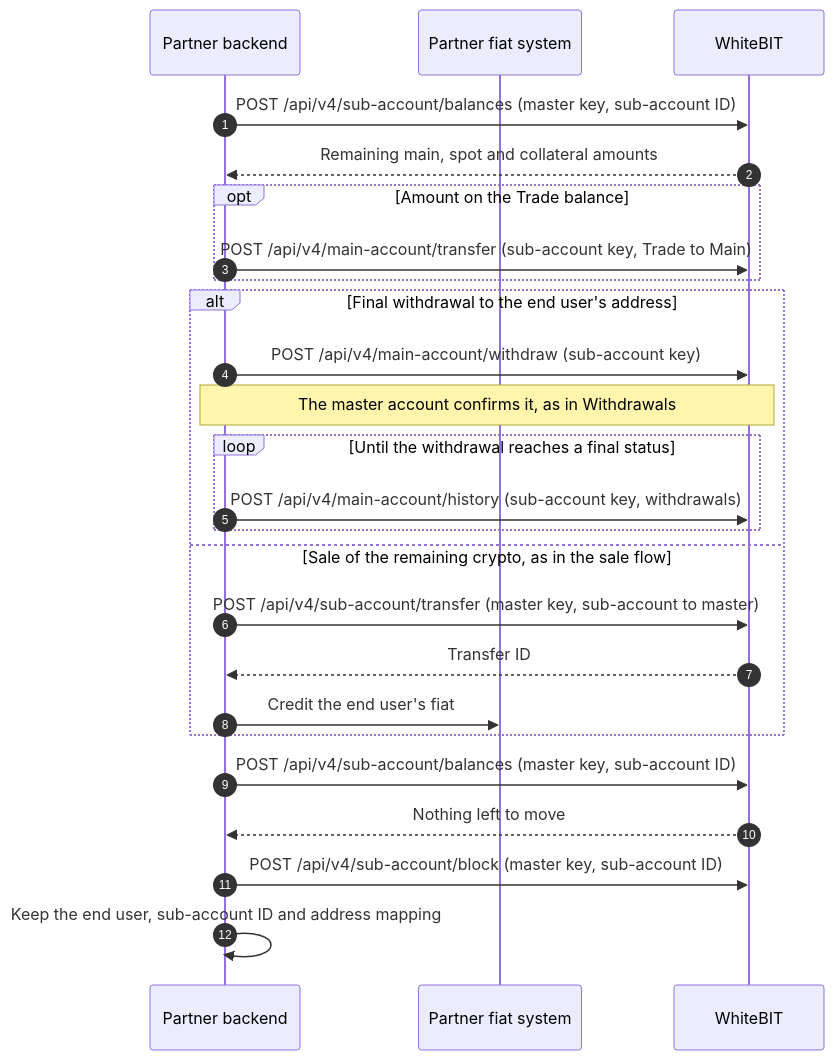
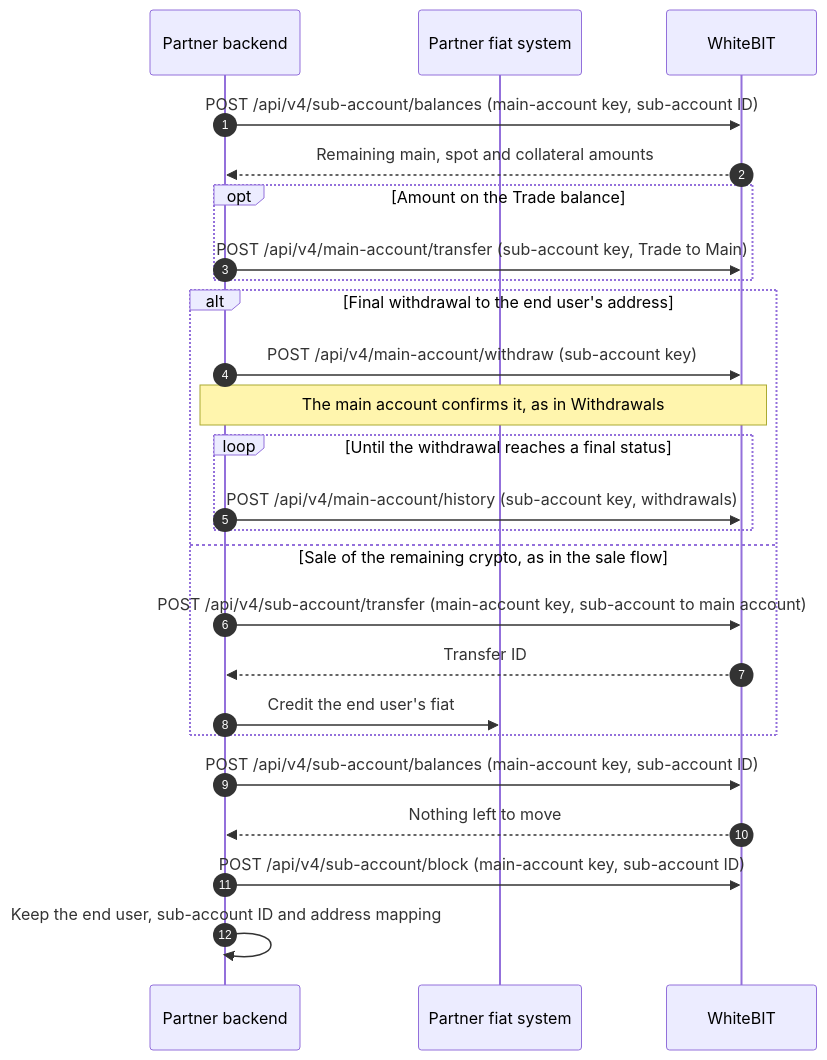
Before and after one commit to whitebit-exchange/docs: the sixth of 6 diagrams in guides/waas-integration.mdx, drawn with Mermaid. The commit also changed other lines of this file and 24 other files, not shown here.

Commit message:
docs(guide): rename master account to main account across the portal

````diff
--- a/guides/waas-integration.mdx
+++ b/guides/waas-integration.mdx
@@ -263,28 +263,28 @@
 ```mermaid
 sequenceDiagram
     autonumber
     participant P as Partner backend
     participant F as Partner fiat system
     participant W as WhiteBIT
 
-    P->>W: POST /api/v4/sub-account/balances (master key, sub-account ID)
+    P->>W: POST /api/v4/sub-account/balances (main-account key, sub-account ID)
     W-->>P: Remaining main, spot and collateral amounts
     opt Amount on the Trade balance
         P->>W: POST /api/v4/main-account/transfer (sub-account key, Trade to Main)
     end
     alt Final withdrawal to the end user's address
         P->>W: POST /api/v4/main-account/withdraw (sub-account key)
-        Note over P,W: The master account confirms it, as in Withdrawals
+        Note over P,W: The main account confirms it, as in Withdrawals
         loop Until the withdrawal reaches a final status
             P->>W: POST /api/v4/main-account/history (sub-account key, withdrawals)
         end
     else Sale of the remaining crypto, as in the sale flow
-        P->>W: POST /api/v4/sub-account/transfer (master key, sub-account to master)
+        P->>W: POST /api/v4/sub-account/transfer (main-account key, sub-account to main account)
         W-->>P: Transfer ID
         P->>F: Credit the end user's fiat
     end
-    P->>W: POST /api/v4/sub-account/balances (master key, sub-account ID)
+    P->>W: POST /api/v4/sub-account/balances (main-account key, sub-account ID)
     W-->>P: Nothing left to move
-    P->>W: POST /api/v4/sub-account/block (master key, sub-account ID)
+    P->>W: POST /api/v4/sub-account/block (main-account key, sub-account ID)
     P->>P: Keep the end user, sub-account ID and address mapping
 ```
````
